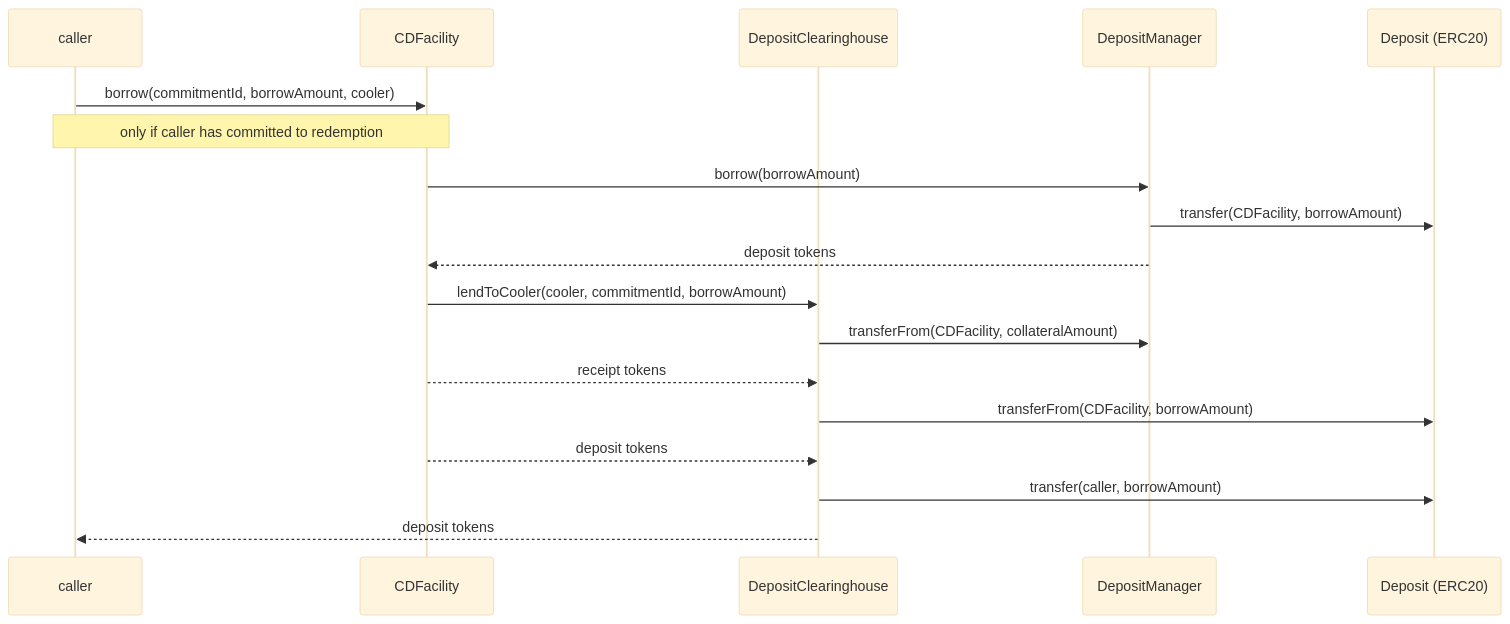
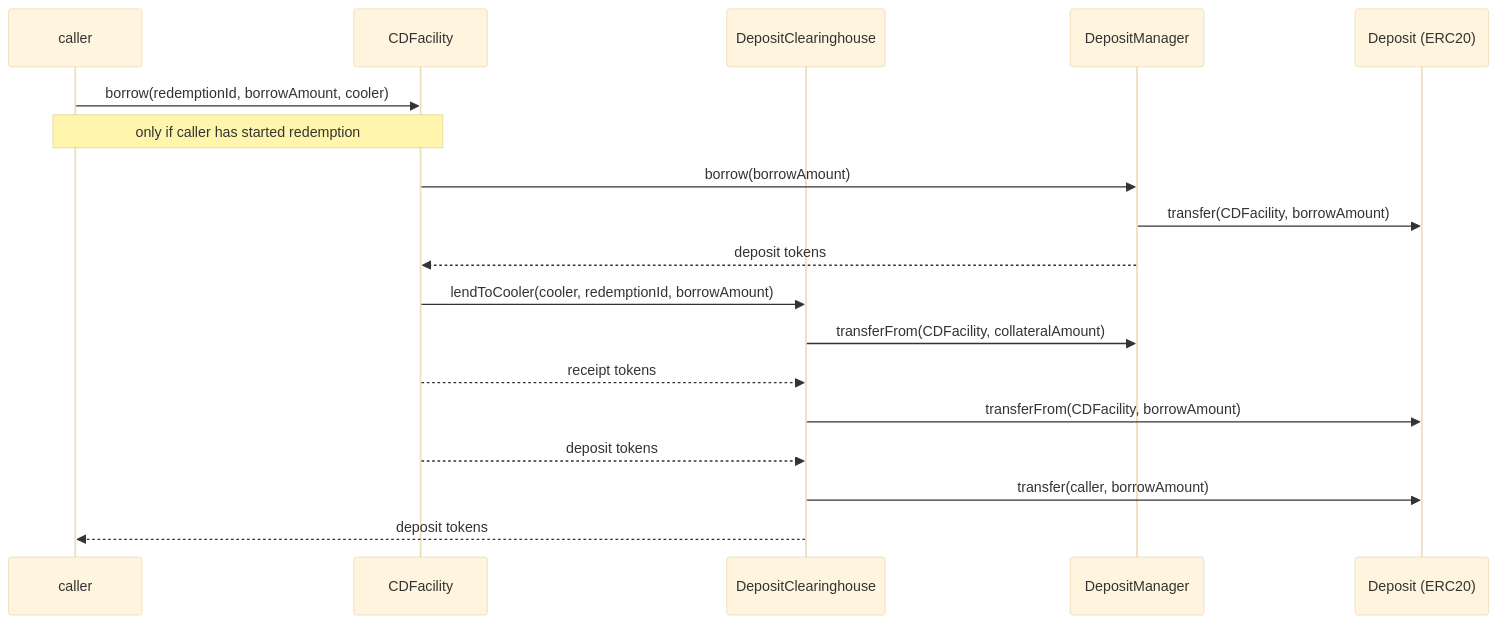
One commit to OlympusDAO/olympus-v3 changed the ninth of 9 diagrams in audit/2025-01_convertible-deposits/README.md. Above: the diagram before and after it, drawn with Mermaid (base theme).

````diff
--- a/audit/2025-01_convertible-deposits/README.md
+++ b/audit/2025-01_convertible-deposits/README.md
@@ -400,21 +400,21 @@
 ```mermaid
 sequenceDiagram
     participant caller
     participant CDFacility
     participant DepositClearinghouse
     participant DepositManager
     participant DepositToken as Deposit (ERC20)
 
-    caller->>CDFacility: borrow(commitmentId, borrowAmount, cooler)
-    note over caller, CDFacility: only if caller has committed to redemption
+    caller->>CDFacility: borrow(redemptionId, borrowAmount, cooler)
+    note over caller, CDFacility: only if caller has started redemption
     CDFacility->>DepositManager: borrow(borrowAmount)
     DepositManager->>DepositToken: transfer(CDFacility, borrowAmount)
     DepositManager-->>CDFacility: deposit tokens
-    CDFacility->>DepositClearinghouse: lendToCooler(cooler, commitmentId, borrowAmount)
+    CDFacility->>DepositClearinghouse: lendToCooler(cooler, redemptionId, borrowAmount)
     DepositClearinghouse->>DepositManager: transferFrom(CDFacility, collateralAmount)
     CDFacility-->>DepositClearinghouse: receipt tokens
     DepositClearinghouse->>DepositToken: transferFrom(CDFacility, borrowAmount)
     CDFacility-->>DepositClearinghouse: deposit tokens
     DepositClearinghouse->>DepositToken: transfer(caller, borrowAmount)
     DepositClearinghouse-->>caller: deposit tokens
 ```
````
